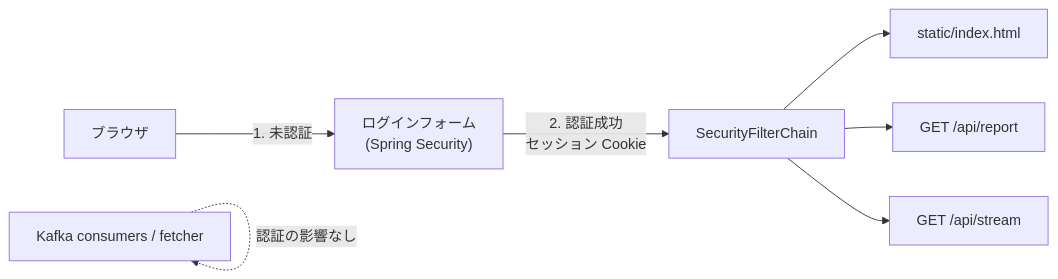
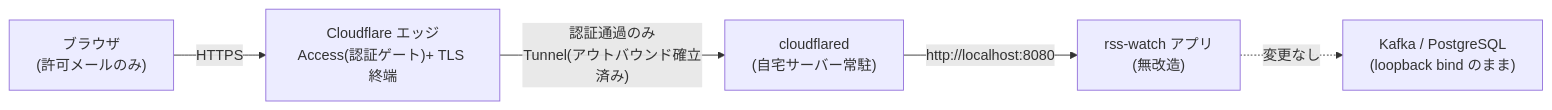
Before and after one commit to rockyh0825/tech-and-job-rss-reader: the diagram in .spec-workflow/specs/private-web-access/design.md, drawn with Mermaid. The commit also changed other lines of this file and 4 other files, not shown here.

First line of the commit message:
spec: 現状実装に整合(private-web-access を Cloudflare Access 化 / discord-notifier を PostgreSQL 化)

````diff
--- a/.spec-workflow/specs/private-web-access/design.md
+++ b/.spec-workflow/specs/private-web-access/design.md
@@ -26,9 +29,7 @@
 ```mermaid
 flowchart LR
-    B["ブラウザ"] -->|"1. 未認証"| L["ログインフォーム<br/>(Spring Security)"]
-    L -->|"2. 認証成功<br/>セッション Cookie"| F["SecurityFilterChain"]
-    F --> UI["static/index.html"]
-    F --> API["GET /api/report"]
-    F --> SSE["GET /api/stream"]
-    K["Kafka consumers / fetcher"] -.認証の影響なし.-> K
+    B["ブラウザ<br/>(許可メールのみ)"] -->|"HTTPS"| E["Cloudflare エッジ<br/>Access(認証ゲート)+ TLS 終端"]
+    E -->|"認証通過のみ<br/>Tunnel(アウトバウンド確立済み)"| CD["cloudflared<br/>(自宅サーバー常駐)"]
+    CD -->|"http://localhost:8080"| A["rss-watch アプリ<br/>(無改造)"]
+    A -.->|"変更なし"| K["Kafka / PostgreSQL<br/>(loopback bind のまま)"]
 ```
````
